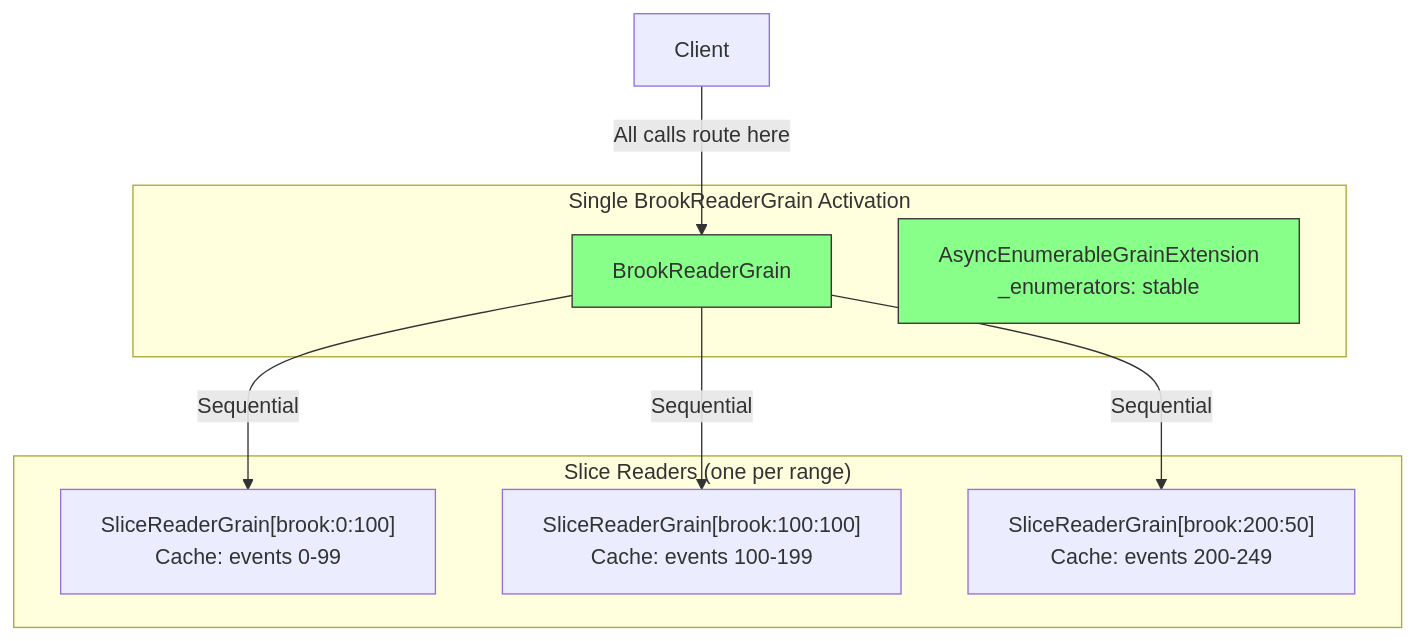
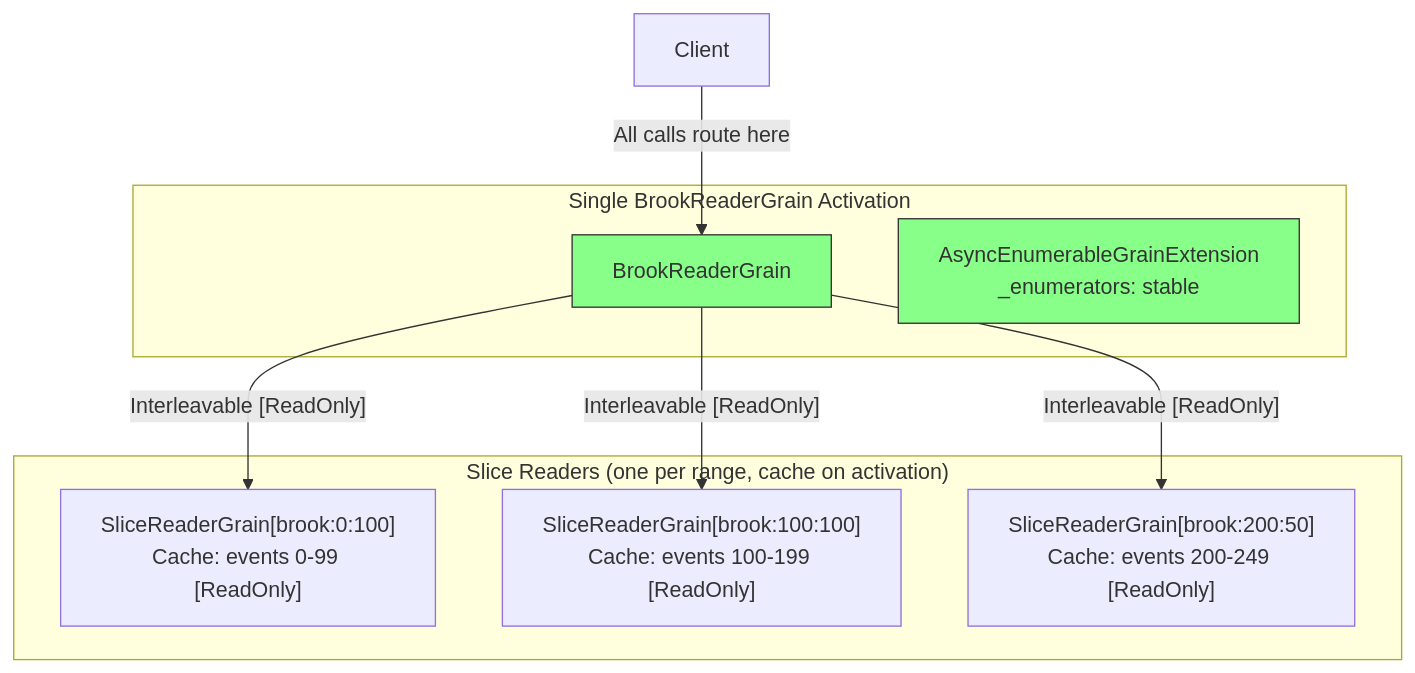
The sixth of 8 diagrams in docs/brook-reader-performance-analysis.md (Gibbs-Morris/mississippi), drawn with Mermaid before and after one commit. The commit also changed other lines of this file and 8 other files, not shown here.

First line of the commit message:
feat(brooks): eager cache on BrookSliceReaderGrain activation with [ReadOnly] restoration

````diff
--- a/docs/brook-reader-performance-analysis.md
+++ b/docs/brook-reader-performance-analysis.md
@@ -302,23 +337,23 @@
 ```mermaid
 flowchart TB
     subgraph "Single BrookReaderGrain Activation"
         BR[BrookReaderGrain]
         EXT["AsyncEnumerableGrainExtension<br/>_enumerators: stable"]
     end
 
-    subgraph "Slice Readers (one per range)"
-        SR0["SliceReaderGrain[brook:0:100]<br/>Cache: events 0-99"]
-        SR1["SliceReaderGrain[brook:100:100]<br/>Cache: events 100-199"]
-        SR2["SliceReaderGrain[brook:200:50]<br/>Cache: events 200-249"]
+    subgraph "Slice Readers (one per range, cache on activation)"
+        SR0["SliceReaderGrain[brook:0:100]<br/>Cache: events 0-99 [ReadOnly]"]
+        SR1["SliceReaderGrain[brook:100:100]<br/>Cache: events 100-199 [ReadOnly]"]
+        SR2["SliceReaderGrain[brook:200:50]<br/>Cache: events 200-249 [ReadOnly]"]
     end
 
     Client[Client]
 
     Client -->|"All calls route here"| BR
-    BR -->|"Sequential"| SR0
-    BR -->|"Sequential"| SR1
-    BR -->|"Sequential"| SR2
+    BR -->|"Interleavable [ReadOnly]"| SR0
+    BR -->|"Interleavable [ReadOnly]"| SR1
+    BR -->|"Interleavable [ReadOnly]"| SR2
 
     style BR fill:#8f8,stroke:#333
     style EXT fill:#8f8,stroke:#333
 ```
````
